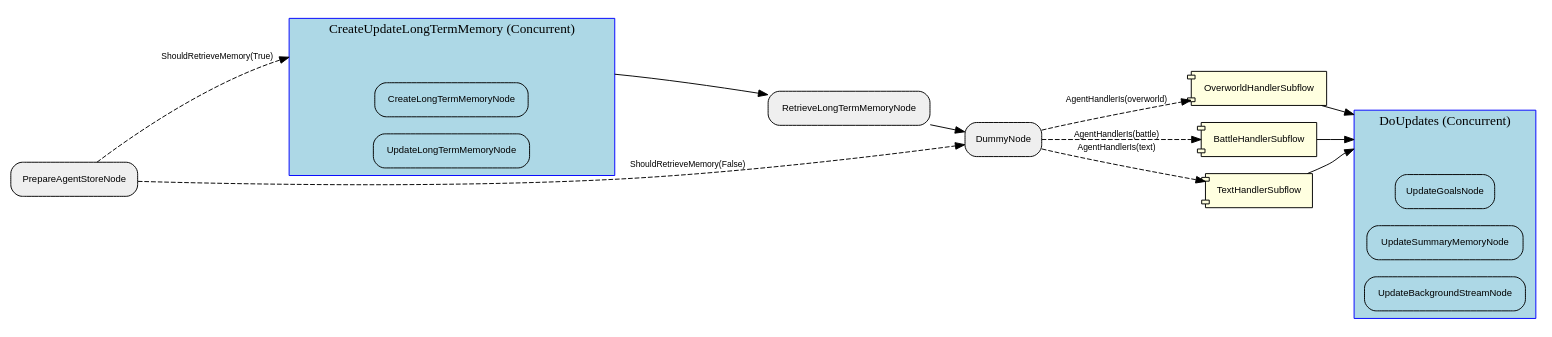
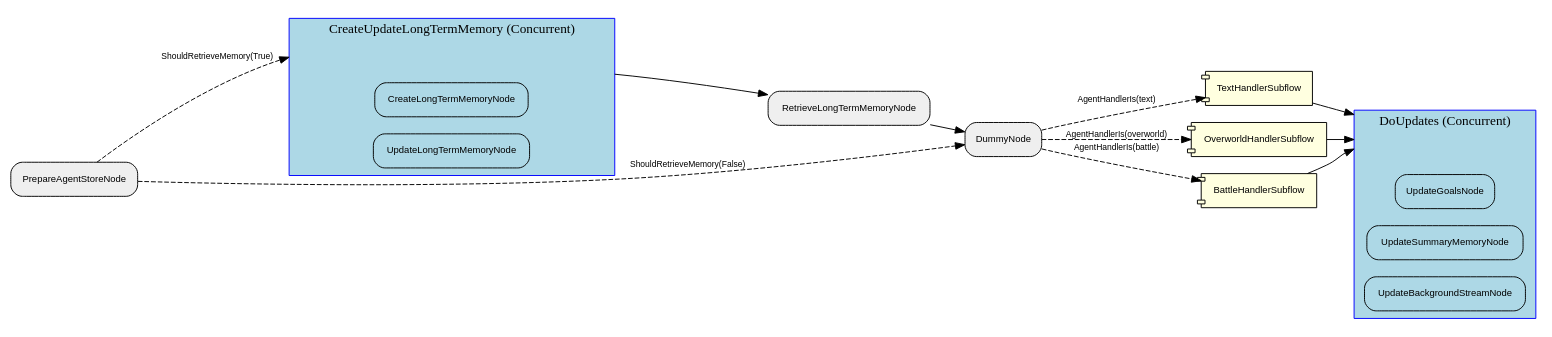
Before and after one commit to clambro/ai-plays-pokemon: the diagram in visualization/agent_graph/Graph.dot, drawn with Graphviz. The commit also changed 60 other files, not shown here.

First line of the commit message:
Create a battle subflow (#51)

```diff
--- a/visualization/agent_graph/Graph.dot
+++ b/visualization/agent_graph/Graph.dot
@@ -1,46 +1,46 @@
 digraph "G" {
   rankdir=LR;
   compound=true;
   node [shape=box, style="rounded,filled", fillcolor="#EFEFEF", fontname="Helvetica", fontsize=10];
   edge [fontname="Helvetica", fontsize=9];
-  subgraph "cluster_2D0KoKxn5NUGGwOTj231R" {
+  subgraph "cluster_h0Hyka052id6mZYkP7iV4" {
     label="DoUpdates (Concurrent)";
     style="filled"; fillcolor="lightblue"; color="blue";
     node [fillcolor="lightblue", style="filled,rounded"];
-    "2D0KoKxn5NUGGwOTj231R__entry" [label="", shape=point, width=0.01, style=invis];
-    "2D0KoKxn5NUGGwOTj231R__exit"  [label="", shape=point, width=0.01, style=invis];
-    iB7zfQtHu3mCeLPs9P3Up [label="UpdateGoalsNode"];
-    QU5TuuSJ8SM7s4VZJGutV [label="UpdateSummaryMemoryNode"];
-    uL5oxFUM4hSXXC4iqaIGP [label="UpdateBackgroundStreamNode"];
+    "h0Hyka052id6mZYkP7iV4__entry" [label="", shape=point, width=0.01, style=invis];
+    "h0Hyka052id6mZYkP7iV4__exit"  [label="", shape=point, width=0.01, style=invis];
+    R4vHUcTW4CBdMhSI7e6wO [label="UpdateGoalsNode"];
+    "0hIkgATQqj02DqLxRwrjP" [label="UpdateSummaryMemoryNode"];
+    Y5iFAFWDHHnoZnJlyJyyG [label="UpdateBackgroundStreamNode"];
   }
-  subgraph "cluster_Wu27l3X7fRLiAvLobb59u" {
+  subgraph "cluster_tZSULvZ03PXg0v1dEUzeT" {
     label="CreateUpdateLongTermMemory (Concurrent)";
     style="filled"; fillcolor="lightblue"; color="blue";
     node [fillcolor="lightblue", style="filled,rounded"];
-    "Wu27l3X7fRLiAvLobb59u__entry" [label="", shape=point, width=0.01, style=invis];
-    "Wu27l3X7fRLiAvLobb59u__exit"  [label="", shape=point, width=0.01, style=invis];
-    MEHYqKM2ltUfVGy5lz9f6 [label="CreateLongTermMemoryNode"];
-    LcsrSq24pxVNU2TF7nFI9 [label="UpdateLongTermMemoryNode"];
+    "tZSULvZ03PXg0v1dEUzeT__entry" [label="", shape=point, width=0.01, style=invis];
+    "tZSULvZ03PXg0v1dEUzeT__exit"  [label="", shape=point, width=0.01, style=invis];
+    ZmjQL2qMSJ47HgmBvrQsc [label="CreateLongTermMemoryNode"];
+    Dxjf76VGZi7qvklgPSU10 [label="UpdateLongTermMemoryNode"];
   }
-  hJfREhtHwu9QXVx1RhPXZ [label="DummyNode"];
-  QU5TuuSJ8SM7s4VZJGutV [label="UpdateSummaryMemoryNode"];
-  PWzfP64HGf6P0sPGQjgLr [label="OverworldHandlerSubflow", shape=component, style="filled,rounded", fillcolor="lightyellow"];
-  vmZxaLjYjcb4FFYGCL5YL [label="RetrieveLongTermMemoryNode"];
-  PCPUPZqDyBn2V3zPvwliE [label="BattleHandlerSubflow", shape=component, style="filled,rounded", fillcolor="lightyellow"];
-  iB7zfQtHu3mCeLPs9P3Up [label="UpdateGoalsNode"];
-  uL5oxFUM4hSXXC4iqaIGP [label="UpdateBackgroundStreamNode"];
-  MEHYqKM2ltUfVGy5lz9f6 [label="CreateLongTermMemoryNode"];
-  TXDWbj3iuO7YhtR3Cyd3u [label="PrepareAgentStoreNode"];
-  LcsrSq24pxVNU2TF7nFI9 [label="UpdateLongTermMemoryNode"];
-  GRSKEcriui0RX5L0mzUCe [label="TextHandlerSubflow", shape=component, style="filled,rounded", fillcolor="lightyellow"];
-  TXDWbj3iuO7YhtR3Cyd3u -> Wu27l3X7fRLiAvLobb59u__entry [lhead="cluster_Wu27l3X7fRLiAvLobb59u", style="dashed", label="ShouldRetrieveMemory(True)"];
-  Wu27l3X7fRLiAvLobb59u__exit -> vmZxaLjYjcb4FFYGCL5YL [ltail="cluster_Wu27l3X7fRLiAvLobb59u", style="solid"];
-  TXDWbj3iuO7YhtR3Cyd3u -> hJfREhtHwu9QXVx1RhPXZ [style="dashed", label="ShouldRetrieveMemory(False)"];
-  vmZxaLjYjcb4FFYGCL5YL -> hJfREhtHwu9QXVx1RhPXZ [style="solid"];
-  hJfREhtHwu9QXVx1RhPXZ -> PWzfP64HGf6P0sPGQjgLr [style="dashed", label="AgentHandlerIs(overworld)"];
-  hJfREhtHwu9QXVx1RhPXZ -> PCPUPZqDyBn2V3zPvwliE [style="dashed", label="AgentHandlerIs(battle)"];
-  hJfREhtHwu9QXVx1RhPXZ -> GRSKEcriui0RX5L0mzUCe [style="dashed", label="AgentHandlerIs(text)"];
-  GRSKEcriui0RX5L0mzUCe -> "2D0KoKxn5NUGGwOTj231R__entry" [lhead="cluster_2D0KoKxn5NUGGwOTj231R", style="solid"];
-  PCPUPZqDyBn2V3zPvwliE -> "2D0KoKxn5NUGGwOTj231R__entry" [lhead="cluster_2D0KoKxn5NUGGwOTj231R", style="solid"];
-  PWzfP64HGf6P0sPGQjgLr -> "2D0KoKxn5NUGGwOTj231R__entry" [lhead="cluster_2D0KoKxn5NUGGwOTj231R", style="solid"];
+  EAw4JRpwArz4VFq1rWFul [label="TextHandlerSubflow", shape=component, style="filled,rounded", fillcolor="lightyellow"];
+  Y5iFAFWDHHnoZnJlyJyyG [label="UpdateBackgroundStreamNode"];
+  Dxjf76VGZi7qvklgPSU10 [label="UpdateLongTermMemoryNode"];
+  R4vHUcTW4CBdMhSI7e6wO [label="UpdateGoalsNode"];
+  ewkrImVlHp0QiY7uVKToQ [label="RetrieveLongTermMemoryNode"];
+  TRSf4M9m9tmHd3SIdQapB [label="PrepareAgentStoreNode"];
+  "0hIkgATQqj02DqLxRwrjP" [label="UpdateSummaryMemoryNode"];
+  ZmjQL2qMSJ47HgmBvrQsc [label="CreateLongTermMemoryNode"];
+  bPAeyDDISh8PB9tGSTM8y [label="OverworldHandlerSubflow", shape=component, style="filled,rounded", fillcolor="lightyellow"];
+  cUG69SX30D8dYzU1OnSvs [label="BattleHandlerSubflow", shape=component, style="filled,rounded", fillcolor="lightyellow"];
+  uOSiWQIc4MoAbUv34Bucq [label="DummyNode"];
+  TRSf4M9m9tmHd3SIdQapB -> tZSULvZ03PXg0v1dEUzeT__entry [lhead="cluster_tZSULvZ03PXg0v1dEUzeT", style="dashed", label="ShouldRetrieveMemory(True)"];
+  tZSULvZ03PXg0v1dEUzeT__exit -> ewkrImVlHp0QiY7uVKToQ [ltail="cluster_tZSULvZ03PXg0v1dEUzeT", style="solid"];
+  TRSf4M9m9tmHd3SIdQapB -> uOSiWQIc4MoAbUv34Bucq [style="dashed", label="ShouldRetrieveMemory(False)"];
+  ewkrImVlHp0QiY7uVKToQ -> uOSiWQIc4MoAbUv34Bucq [style="solid"];
+  uOSiWQIc4MoAbUv34Bucq -> bPAeyDDISh8PB9tGSTM8y [style="dashed", label="AgentHandlerIs(overworld)"];
+  uOSiWQIc4MoAbUv34Bucq -> cUG69SX30D8dYzU1OnSvs [style="dashed", label="AgentHandlerIs(battle)"];
+  uOSiWQIc4MoAbUv34Bucq -> EAw4JRpwArz4VFq1rWFul [style="dashed", label="AgentHandlerIs(text)"];
+  EAw4JRpwArz4VFq1rWFul -> h0Hyka052id6mZYkP7iV4__entry [lhead="cluster_h0Hyka052id6mZYkP7iV4", style="solid"];
+  cUG69SX30D8dYzU1OnSvs -> h0Hyka052id6mZYkP7iV4__entry [lhead="cluster_h0Hyka052id6mZYkP7iV4", style="solid"];
+  bPAeyDDISh8PB9tGSTM8y -> h0Hyka052id6mZYkP7iV4__entry [lhead="cluster_h0Hyka052id6mZYkP7iV4", style="solid"];
 }
```
